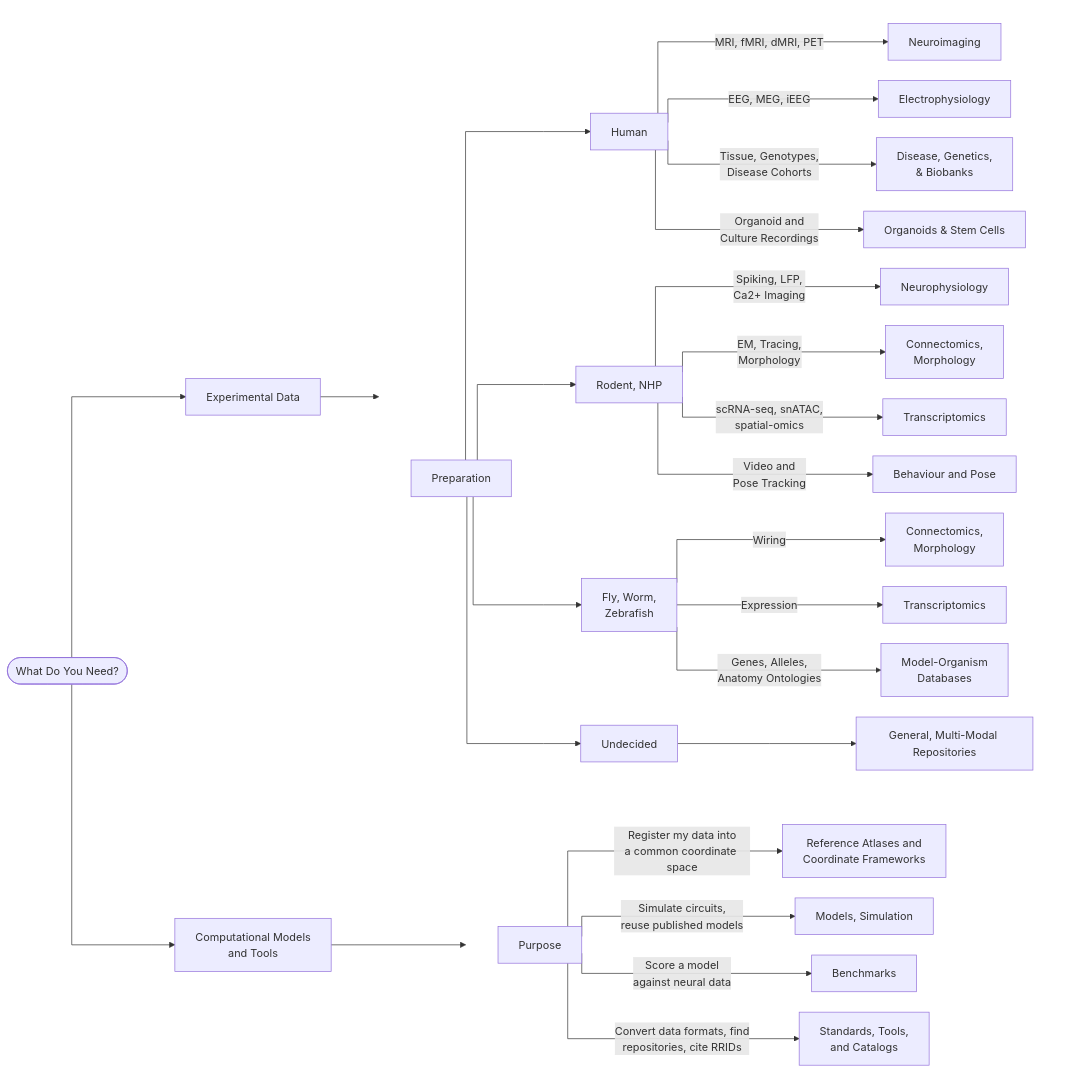
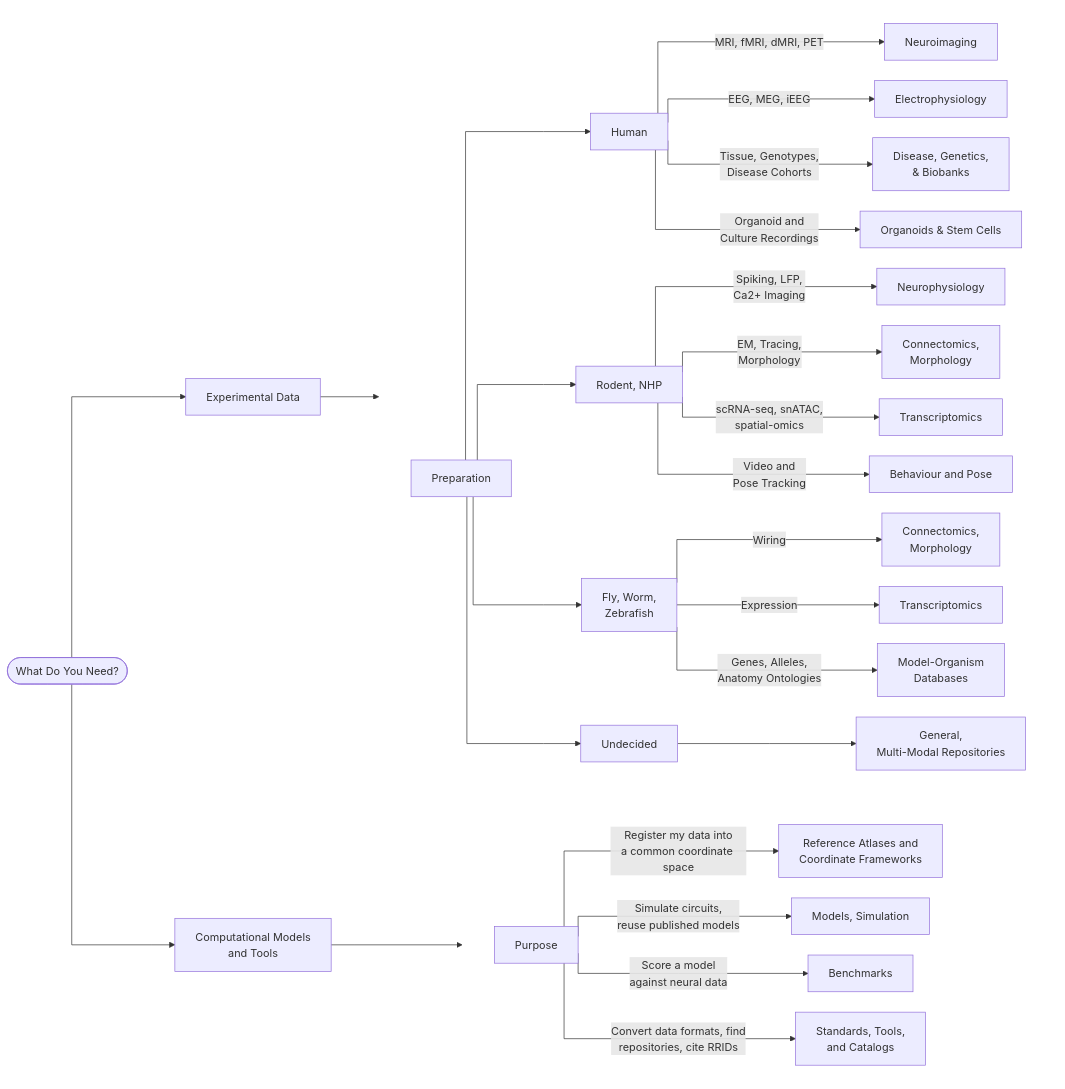
Before and after one commit to lauramedlock/neuroarchives: the diagram in docs/index.md, drawn with Mermaid.

Commit message:
Fix formatting in index.md for General repositories

````diff
--- a/docs/index.md
+++ b/docs/index.md
@@ -41,44 +41,44 @@
 ```mermaid
 %%{init: {"flowchart": {"curve": "stepBefore", "useMaxWidth": true, "rankSpacing": 70, "nodeSpacing": 30}} }%%
 flowchart LR
     START([What Do You Need?])
     START --> EXP[Experimental Data]
     START --> MOD[Computational Models<br>and Tools]
     EXP --> PREP[Preparation]
     MOD --> PURPOSE[Purpose]
 
     subgraph expArm [ ]
     direction LR
     PREP -->GEN[Undecided]
     PREP -->HU[Human]
     PREP -->RO[Rodent, NHP]
     PREP -->INV[Fly, Worm,<br>Zebrafish]
 
     HU -->|MRI, fMRI, dMRI, PET| E1[Neuroimaging]
     HU -->|EEG, MEG, iEEG| E2[Electrophysiology]
     HU -->|Tissue, Genotypes,<br>Disease Cohorts| E3[Disease, Genetics,<br>& Biobanks]
     HU -->|Organoid and<br>Culture Recordings| E4[Organoids & Stem Cells]
 
     RO -->|Spiking, LFP,<br>Ca2+ Imaging| E5[Neurophysiology]
     RO -->|EM, Tracing,<br>Morphology| E6[Connectomics,<br>Morphology]
     RO -->|scRNA-seq, snATAC,<br>spatial-omics| E7[Transcriptomics]
     RO -->|Video and<br>Pose Tracking| E8[Behaviour and Pose]
 
     INV -->|Wiring| E6b[Connectomics,<br>Morphology]
     INV -->|Expression| E7b[Transcriptomics]
     INV -->|Genes, Alleles,<br>Anatomy Ontologies| E9[Model-Organism<br>Databases]
 
-    GEN --> E10[General, Multi-Modal Repositories]
+    GEN --> E10[General,<br>Multi-Modal Repositories]
     end
 
     subgraph modArm [ ]
     direction LR
     PURPOSE -->|Register my data into<br>a common coordinate space| M1[Reference Atlases and<br>Coordinate Frameworks]
     PURPOSE -->|Simulate circuits,<br>reuse published models| M2[Models, Simulation]
     PURPOSE -->|Score a model<br>against neural data| M4[Benchmarks]
     PURPOSE -->|Convert data formats, find<br>repositories, cite RRIDs| M3[Standards, Tools,<br>and Catalogs]
     end
 
     style expArm fill:none,stroke:none
     style modArm fill:none,stroke:none
 ```
````
